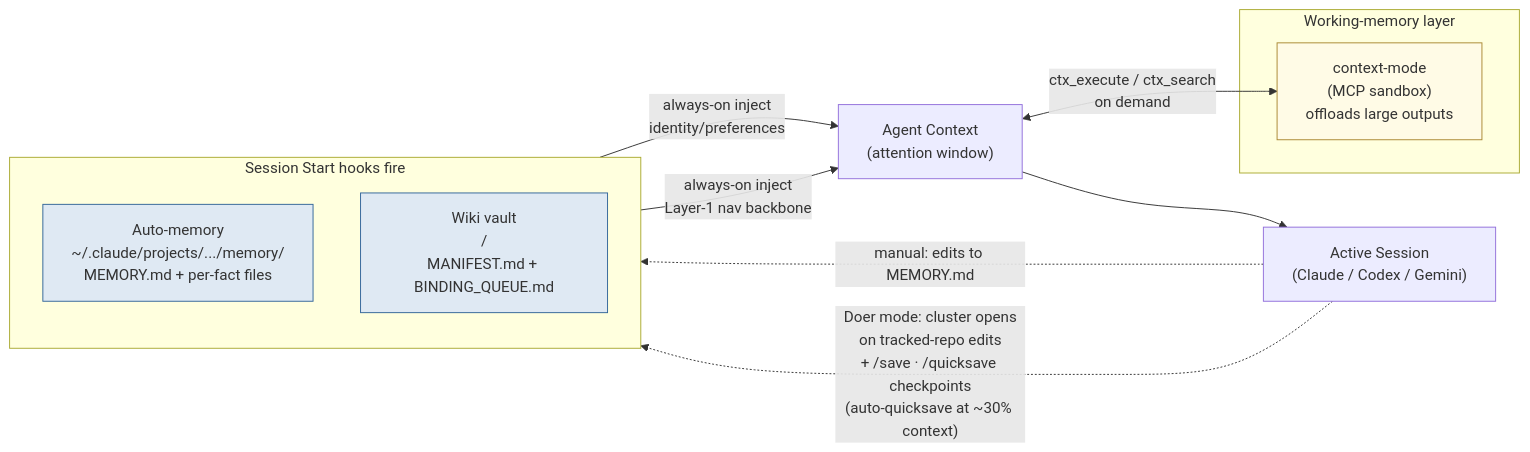
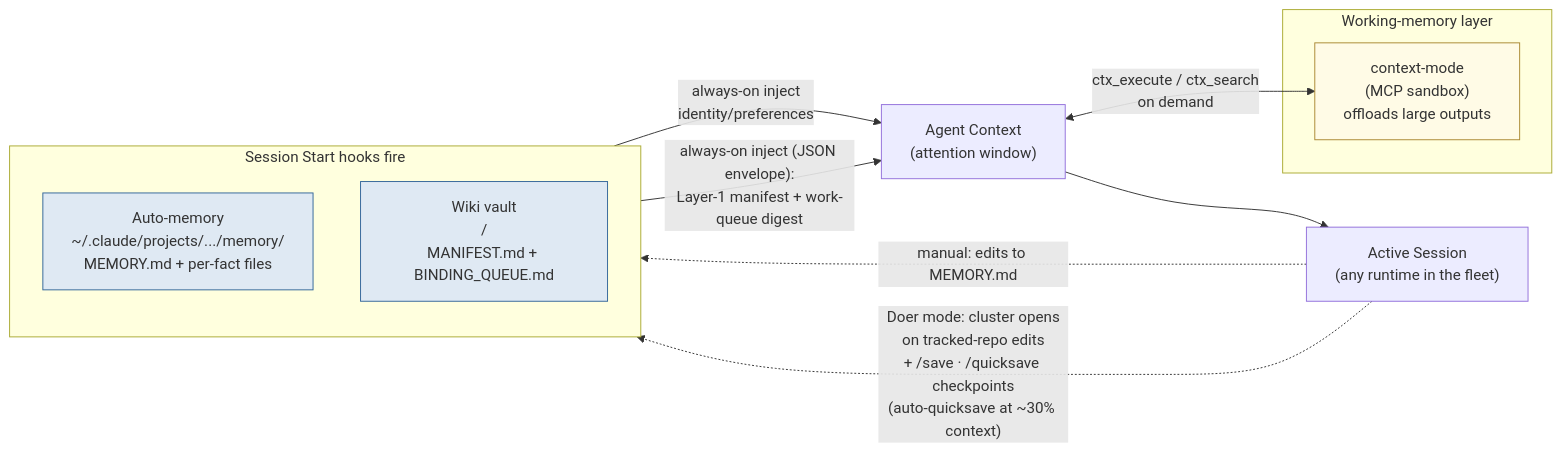
One commit to FRBio-maker/hive-mind-os changed the third of 9 diagrams in docs/INFRASTRUCTURE.md. Above: the diagram before and after it, drawn with Mermaid. The commit also changed other lines of this file and 1 other file, not shown here.

First line of the commit message:
docs: audit all 11 mermaid diagrams against current doctrine; fix 2 that never rendered

````diff
--- a/docs/INFRASTRUCTURE.md
+++ b/docs/INFRASTRUCTURE.md
@@ -201,28 +209,28 @@
 ```mermaid
 flowchart LR
     subgraph SS[Session Start hooks fire]
         direction TB
         AM["Auto-memory<br/>~/.claude/projects/.../memory/<br/>MEMORY.md + per-fact files"]
         OW["Wiki vault<br/><vault>/<br/>MANIFEST.md + BINDING_QUEUE.md"]
     end
 
     AM -->|always-on inject<br/>identity/preferences| AC
-    OW -->|always-on inject<br/>Layer-1 nav backbone| AC
+    OW -->|"always-on inject (JSON envelope):<br/>Layer-1 manifest + work-queue digest"| AC
 
     AC["Agent Context<br/>(attention window)"]
 
     subgraph WM[Working-memory layer]
         CTX["context-mode<br/>(MCP sandbox)<br/>offloads large outputs"]
     end
 
     AC <-->|ctx_execute / ctx_search<br/>on demand| CTX
-    AC --> ACT["Active Session<br/>(Claude / Codex / Gemini)"]
+    AC --> ACT["Active Session<br/>(any runtime in the fleet)"]
 
     ACT -. "manual: edits to MEMORY.md" .-> AM
     ACT -. "Doer mode: cluster opens<br/>on tracked-repo edits<br/>+ /save · /quicksave checkpoints<br/>(auto-quicksave at ~30% context)" .-> OW
 
     classDef inject fill:#dfe9f3,stroke:#369
     classDef sandbox fill:#fffbe6,stroke:#a83
     class AM,OW inject
     class CTX sandbox
 ```
````
